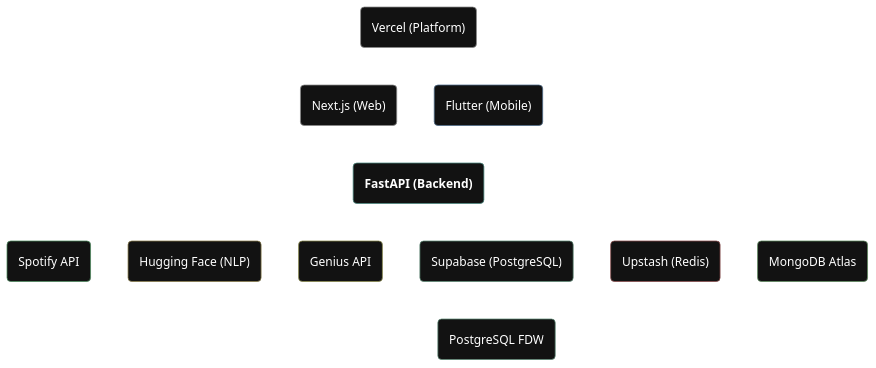
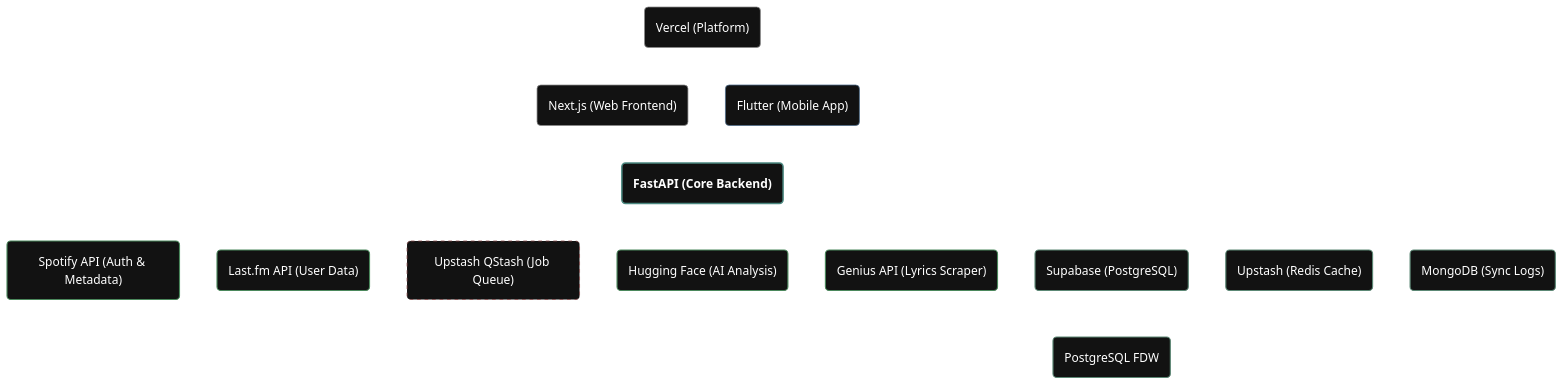
One commit to anggars/personalify changed the diagram in README.md. Above: the diagram before and after it, drawn with Mermaid. The commit also changed other lines of this file and 3 other files, not shown here.

````diff
--- a/README.md
+++ b/README.md
@@ -57,65 +53,60 @@
 ```mermaid
 flowchart TD
-    %% Compute Layer (Diamond Pillars)
+    %% Compute Layer
     Vercel("Vercel (Platform)")
-    NextJS("Next.js (Web)")
-    Flutter("Flutter (Mobile)")
-    FastAPI("FastAPI (Backend)")
+    NextJS("Next.js (Web Frontend)")
+    Flutter("Flutter (Mobile App)")
+    FastAPI("FastAPI (Core Backend)")
 
-    %% Symmetrical Flow
     Vercel --> NextJS
     Vercel --> Flutter
     NextJS <--> FastAPI
     Flutter <--> FastAPI
     
-    %% APIs (Spotify Green Stroke)
-    Spotify("Spotify API")
-    HF("Hugging Face (NLP)")
-    Genius("Genius API")
-    
-    %% Storage (Deep Blue Stroke)
-    Supabase("Supabase (PostgreSQL)")
-    Upstash("Upstash (Redis)")
-    MongoDB("MongoDB Atlas")
-    FDW("PostgreSQL FDW")
+    %% API Engines (Dual Engine)
+    Spotify("Spotify API (Auth & Metadata)")
+    LastFM("Last.fm API (User Data)")
+    QStash("Upstash QStash (Job Queue)")
+    HF("Hugging Face (AI Analysis)")
+    Genius("Genius API (Lyrics Scraper)")
 
+    %% Dual Flow
     FastAPI --> Spotify
+    FastAPI --> LastFM
+    FastAPI --> QStash
+    QStash -.-> FastAPI
     FastAPI --> HF
     FastAPI --> Genius
     
+    %% Storage Layer
+    Supabase("Supabase (PostgreSQL)")
+    Upstash("Upstash (Redis Cache)")
+    MongoDB("MongoDB (Sync Logs)")
+    FDW("PostgreSQL FDW")
+
     FastAPI --> Supabase
     FastAPI --> Upstash
     FastAPI --> MongoDB
-    
     Supabase --> FDW
 
-    %% Styling - Minimalist Desaturated Palette
+    %% Styling 
     classDef vrc fill:#121212,stroke:#888,stroke-width:1px,color:#fff
     classDef nxt fill:#121212,stroke:#888,stroke-width:1px,color:#fff
     classDef flt fill:#121212,stroke:#4B6A88,stroke-width:1px,color:#fff
-    classDef fas fill:#121212,stroke:#4B8880,stroke-width:1px,color:#fff
+    classDef fas fill:#121212,stroke:#4B8880,stroke-width:2px,color:#fff
     
-    classDef spt fill:#121212,stroke:#4B885C,stroke-width:1px,color:#fff
-    classDef hf  fill:#121212,stroke:#887D4B,stroke-width:1px,color:#fff
-    classDef gen fill:#121212,stroke:#88884B,stroke-width:1px,color:#fff
-    
-    classDef sub fill:#121212,stroke:#5C8875,stroke-width:1px,color:#fff
-    classDef ups fill:#121212,stroke:#884B4B,stroke-width:1px,color:#fff
-    classDef mng fill:#121212,stroke:#5C885C,stroke-width:1px,color:#fff
+    classDef engine fill:#121212,stroke:#4B885C,stroke-width:1.5px,color:#fff
+    classDef job fill:#121212,stroke:#884B4B,stroke-width:1px,stroke-dasharray: 5 5,color:#fff
+    classDef storage fill:#121212,stroke:#5C8875,stroke-width:1.5px,color:#fff
 
     class Vercel vrc
     class NextJS nxt
     class Flutter flt
     class FastAPI fas
     
-    class Spotify spt
-    class HF hf
-    class Genius gen
-    
-    class Supabase,FDW sub
-    class Upstash ups
-    class MongoDB mng
-    
-    %% Global Graph Style - High Visibility Links
+    class Spotify,LastFM,HF,Genius engine
+    class QStash job
+    class Supabase,Upstash,MongoDB,FDW storage
+
     linkStyle default stroke:#fff,stroke-width:1.5px,opacity:0.8
 ```
````
